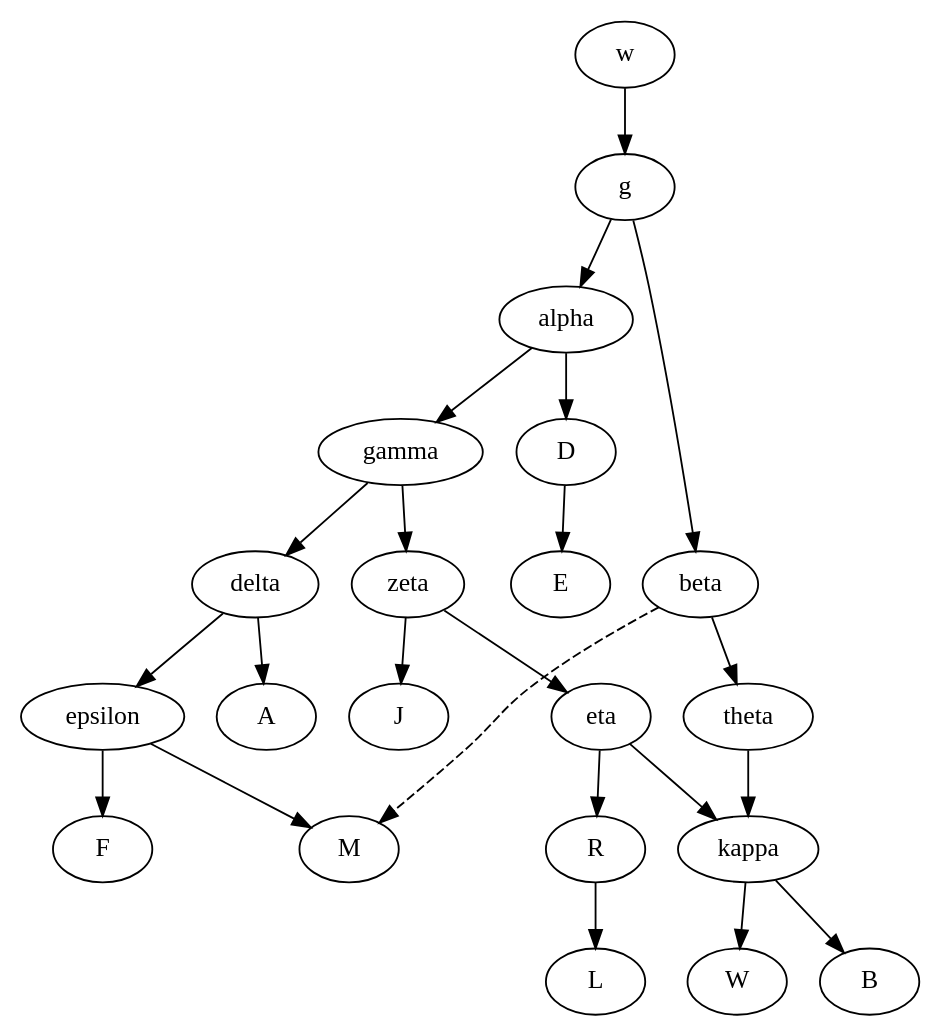
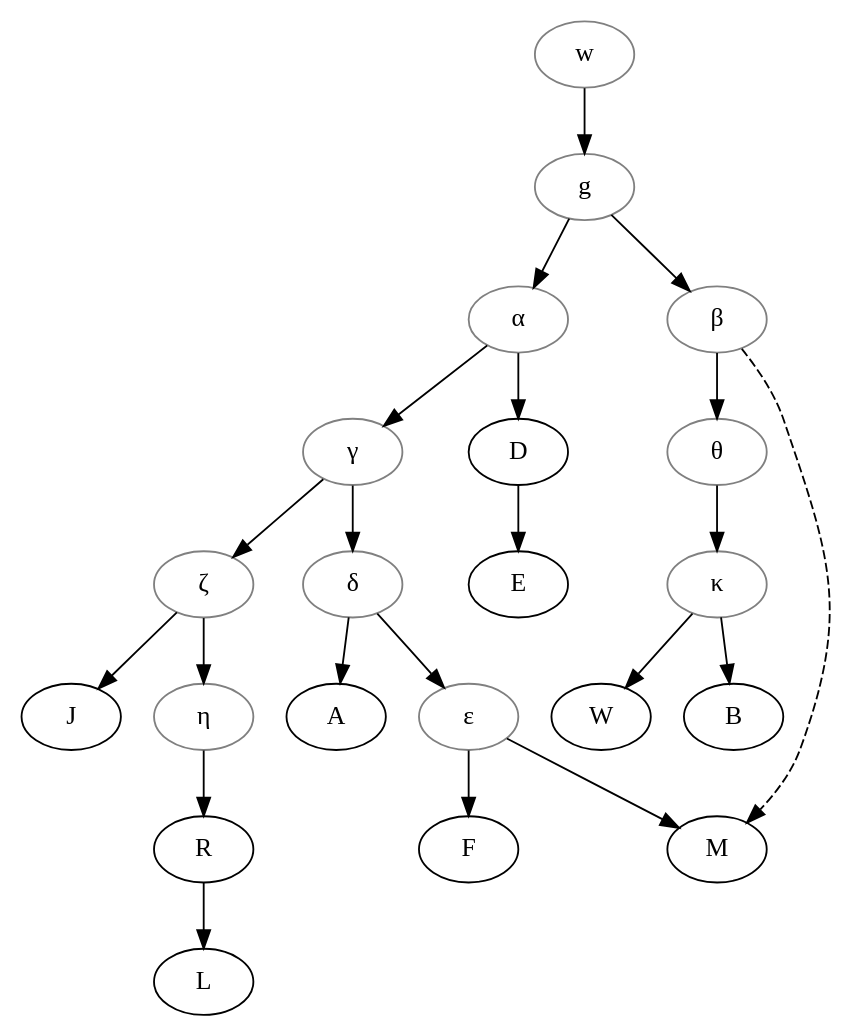
The diagram in data/wlm/Rejhon_1984_Canroland1/stemma.gv (OpenStemmata/database), drawn with Graphviz before and after one commit. The commit also changed other lines of this file and 1 other file, not shown here.

```diff
--- a/data/wlm/Rejhon_1984_Canroland1/stemma.gv
+++ b/data/wlm/Rejhon_1984_Canroland1/stemma.gv
@@ -1,27 +1,37 @@
 digraph {
-
+    w[color="grey"];
+    g[color="grey"];
+    alpha[color="grey", label="α"];
+    gamma[color="grey", label="γ"];
+    delta[color="grey", label="δ"];
+    zeta[color="grey", label="ζ"];
+    eta[color="grey", label="η"];
+    theta[color="grey", label="θ"];
+    kappa[color="grey", label="κ"];
+    epsilon[color="grey", label="ε"];
+    beta[color="grey", label="β"];
     # To refactor nodes, place the cursor left to a node name
     w -> g;
     g -> alpha;
     g -> beta;
     beta -> theta;
     beta -> M [style="dashed"];
     theta -> kappa;
-    kappa -> B;
-    kappa -> W;
+
     alpha -> gamma;
     alpha -> D;
     D -> E;
     gamma -> delta;
     gamma -> zeta;
     delta -> A;
     delta -> epsilon;
     epsilon -> M;
     epsilon -> F;
     zeta -> J;
     zeta -> eta;
-    eta -> kappa;
     eta -> R;
     R -> L;
+    kappa -> B;
+    kappa -> W;
 
 }
```
